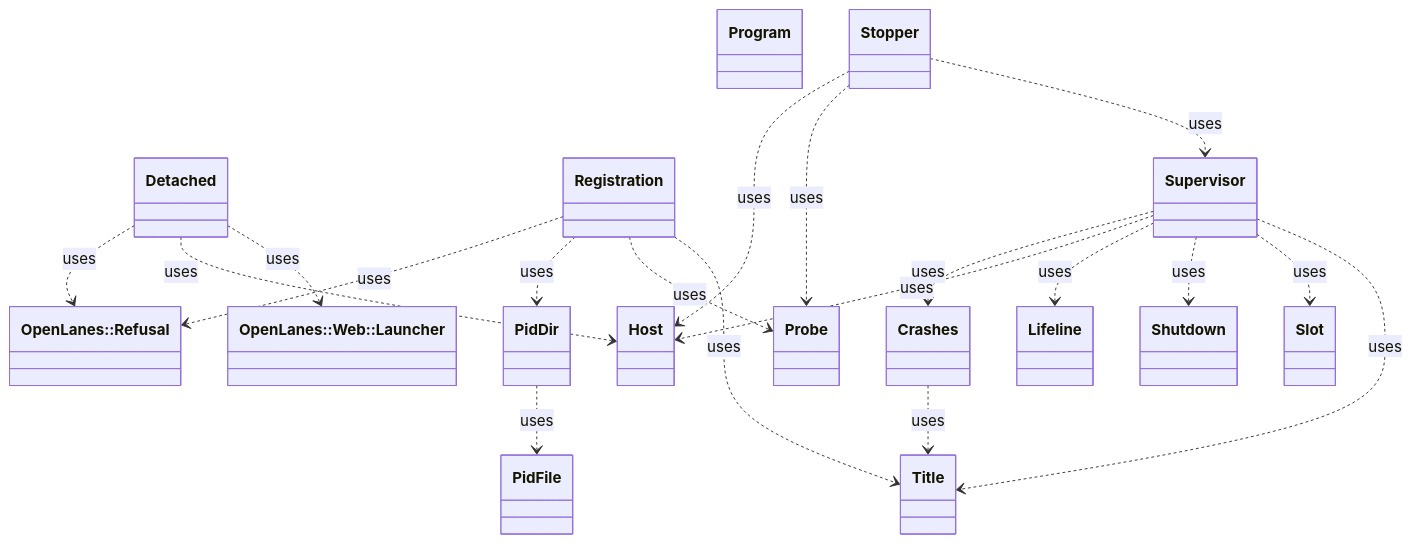
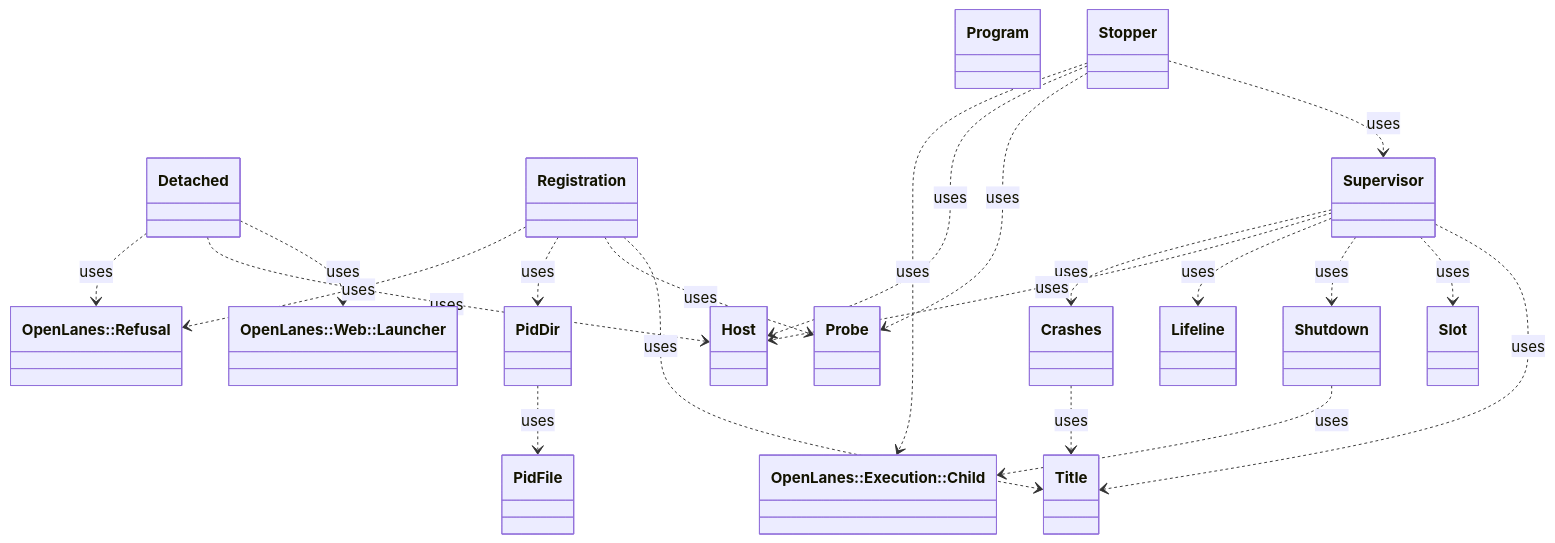
The diagram in docs/architecture/openlanes-supervision.md (kigster/openlanes), drawn with Mermaid before and after one commit. The commit also changed 3 other files, not shown here.

````diff
--- a/docs/architecture/openlanes-supervision.md
+++ b/docs/architecture/openlanes-supervision.md
@@ -5,37 +5,40 @@
 ```mermaid
 classDiagram
+  class OpenLanes__Execution__Child["OpenLanes::Execution::Child"]
   class OpenLanes__Refusal["OpenLanes::Refusal"]
   class OpenLanes__Supervision__Crashes["Crashes"]
   class OpenLanes__Supervision__Detached["Detached"]
   class OpenLanes__Supervision__Host["Host"]
   class OpenLanes__Supervision__Lifeline["Lifeline"]
   class OpenLanes__Supervision__PidDir["PidDir"]
   class OpenLanes__Supervision__PidFile["PidFile"]
   class OpenLanes__Supervision__Probe["Probe"]
   class OpenLanes__Supervision__Program["Program"]
   class OpenLanes__Supervision__Registration["Registration"]
   class OpenLanes__Supervision__Shutdown["Shutdown"]
   class OpenLanes__Supervision__Slot["Slot"]
   class OpenLanes__Supervision__Stopper["Stopper"]
   class OpenLanes__Supervision__Supervisor["Supervisor"]
   class OpenLanes__Supervision__Title["Title"]
   class OpenLanes__Web__Launcher["OpenLanes::Web::Launcher"]
   OpenLanes__Supervision__Crashes ..> OpenLanes__Supervision__Title : uses
   OpenLanes__Supervision__Detached ..> OpenLanes__Refusal : uses
   OpenLanes__Supervision__Detached ..> OpenLanes__Supervision__Host : uses
   OpenLanes__Supervision__Detached ..> OpenLanes__Web__Launcher : uses
   OpenLanes__Supervision__PidDir ..> OpenLanes__Supervision__PidFile : uses
   OpenLanes__Supervision__Registration ..> OpenLanes__Refusal : uses
   OpenLanes__Supervision__Registration ..> OpenLanes__Supervision__PidDir : uses
   OpenLanes__Supervision__Registration ..> OpenLanes__Supervision__Probe : uses
   OpenLanes__Supervision__Registration ..> OpenLanes__Supervision__Title : uses
+  OpenLanes__Supervision__Shutdown ..> OpenLanes__Execution__Child : uses
+  OpenLanes__Supervision__Stopper ..> OpenLanes__Execution__Child : uses
   OpenLanes__Supervision__Stopper ..> OpenLanes__Supervision__Host : uses
   OpenLanes__Supervision__Stopper ..> OpenLanes__Supervision__Probe : uses
   OpenLanes__Supervision__Stopper ..> OpenLanes__Supervision__Supervisor : uses
   OpenLanes__Supervision__Supervisor ..> OpenLanes__Supervision__Crashes : uses
   OpenLanes__Supervision__Supervisor ..> OpenLanes__Supervision__Host : uses
   OpenLanes__Supervision__Supervisor ..> OpenLanes__Supervision__Lifeline : uses
   OpenLanes__Supervision__Supervisor ..> OpenLanes__Supervision__Shutdown : uses
   OpenLanes__Supervision__Supervisor ..> OpenLanes__Supervision__Slot : uses
   OpenLanes__Supervision__Supervisor ..> OpenLanes__Supervision__Title : uses
 ```
````
